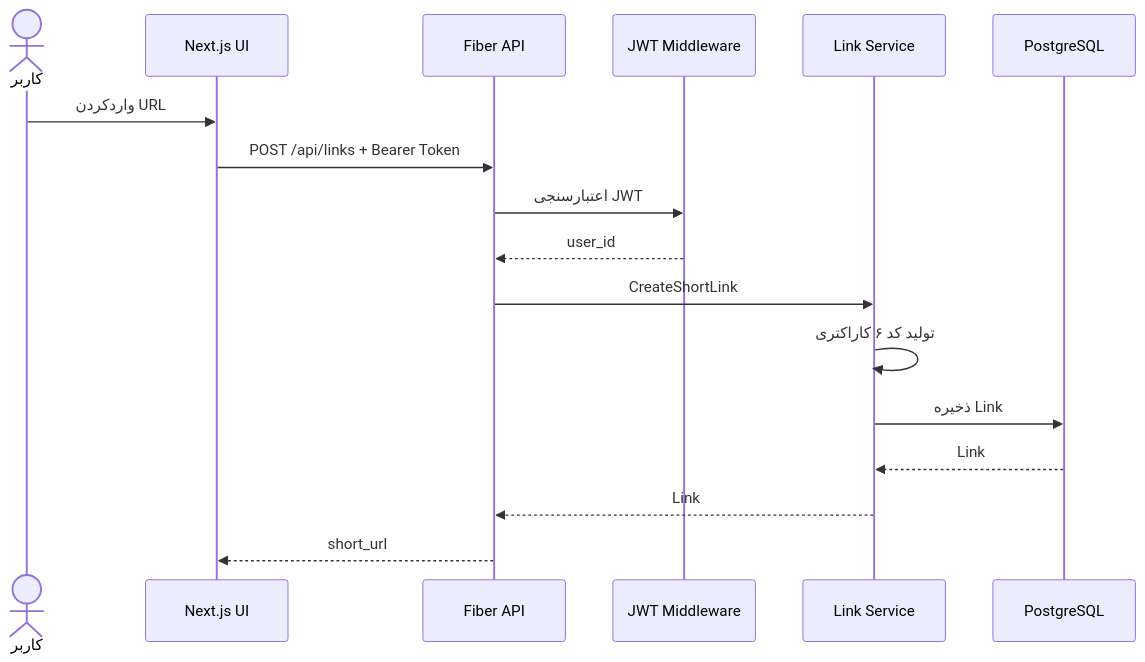
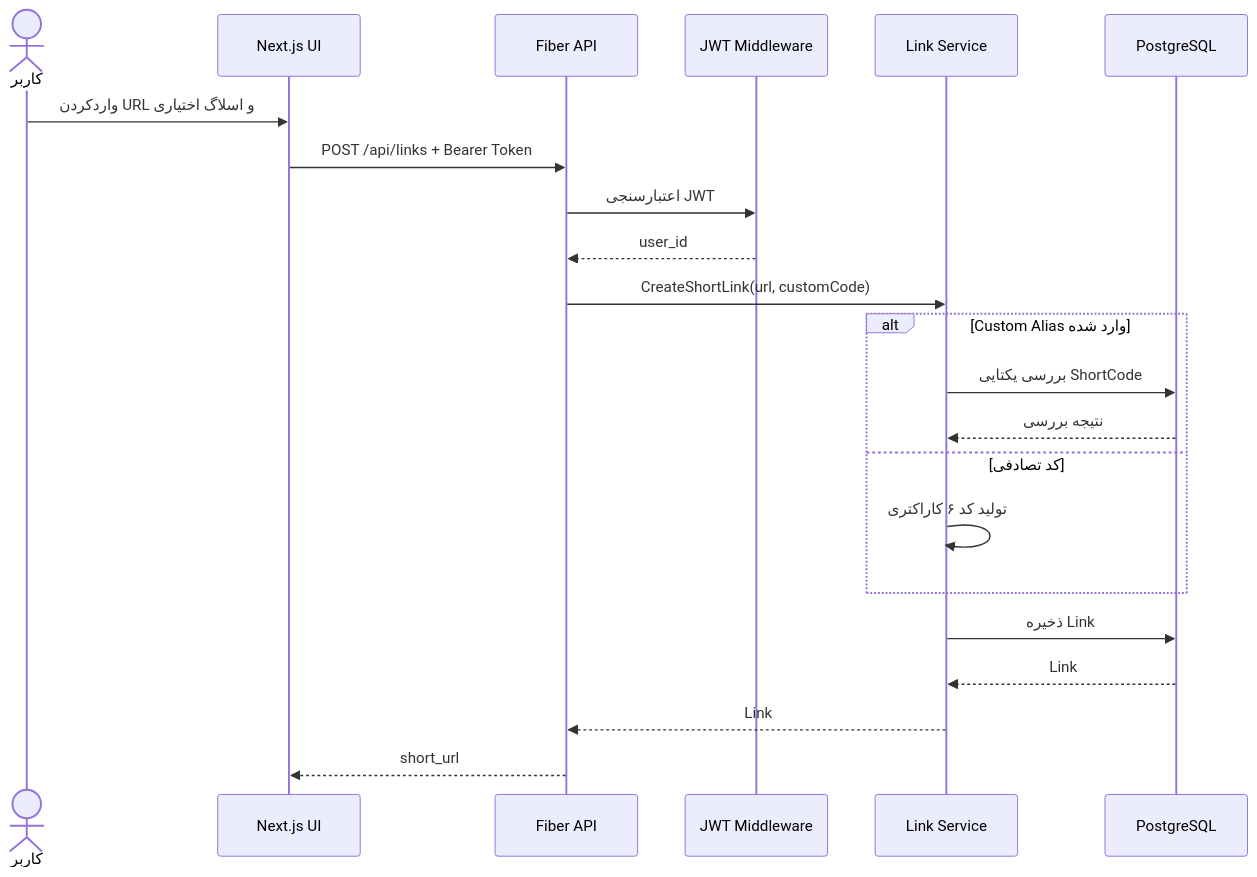
One commit to AmirMotefaker/LinkResan changed the third of 6 diagrams in README.md. Above: the diagram before and after it, drawn with Mermaid. The commit also changed other lines of this file and 2 other files, not shown here.

````diff
--- a/README.md
+++ b/README.md
@@ -532,20 +305,27 @@
 ```mermaid
 sequenceDiagram
     actor User as کاربر
     participant UI as Next.js UI
     participant API as Fiber API
     participant Auth as JWT Middleware
     participant Service as Link Service
     participant DB as PostgreSQL
 
-    User->>UI: واردکردن URL
+    User->>UI: واردکردن URL و اسلاگ اختیاری
     UI->>API: POST /api/links + Bearer Token
     API->>Auth: اعتبارسنجی JWT
     Auth-->>API: user_id
-    API->>Service: CreateShortLink
-    Service->>Service: تولید کد ۶ کاراکتری
+    API->>Service: CreateShortLink(url, customCode)
+
+    alt Custom Alias وارد شده
+        Service->>DB: بررسی یکتایی ShortCode
+        DB-->>Service: نتیجه بررسی
+    else کد تصادفی
+        Service->>Service: تولید کد ۶ کاراکتری
+    end
+
     Service->>DB: ذخیره Link
     DB-->>Service: Link
     Service-->>API: Link
     API-->>UI: short_url
 ```
````
